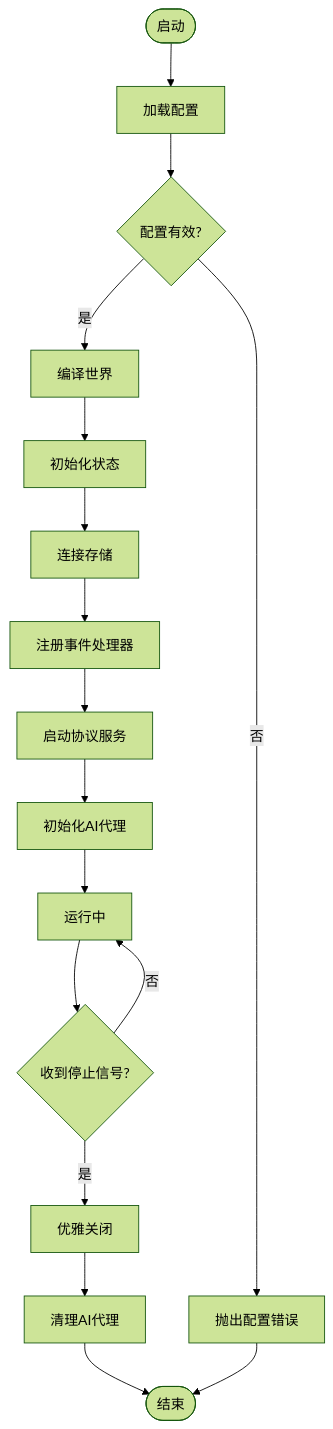
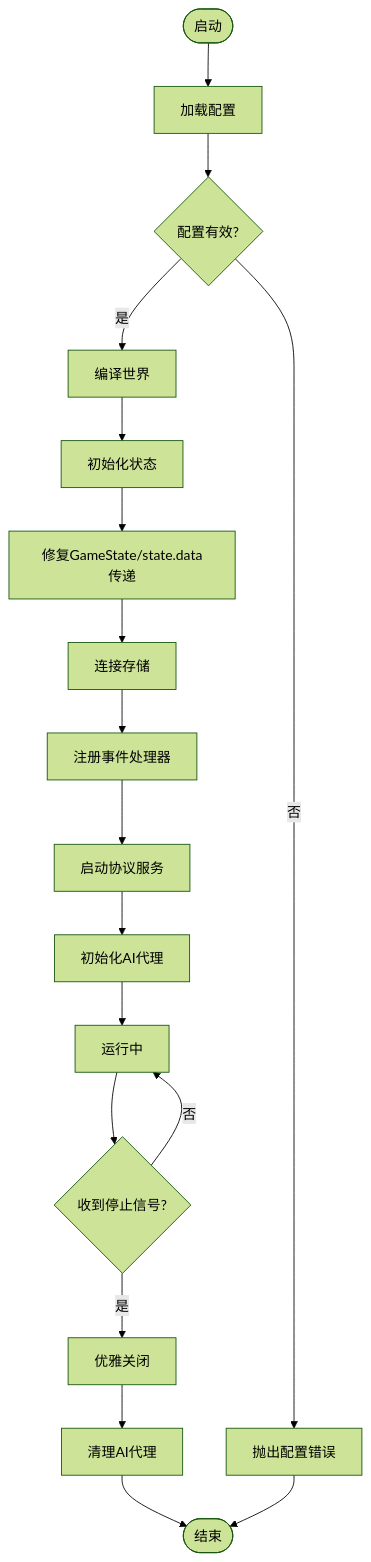
One commit to Ivandanslespace/thegreatnovel changed the third of 11 diagrams in .qoder/repowiki/zh/content/运行时系统/运行时核心.md. Above: the diagram before and after it, drawn with Mermaid (forest theme). The commit also changed other lines of this file and 69 other files, not shown here.

````diff
--- a/.qoder/repowiki/zh/content/运行时系统/运行时核心.md
+++ b/.qoder/repowiki/zh/content/运行时系统/运行时核心.md
@@ -219,19 +219,20 @@
 ```mermaid
 flowchart TD
 Start(["启动"]) --> LoadCfg["加载配置"]
 LoadCfg --> Validate{"配置有效?"}
 Validate --> |否| FailCfg["抛出配置错误"]
 Validate --> |是| CompileWorld["编译世界"]
 CompileWorld --> InitState["初始化状态"]
-InitState --> ConnectStore["连接存储"]
+InitState --> FixStateData["修复GameState/state.data传递"]
+FixStateData --> ConnectStore["连接存储"]
 ConnectStore --> RegisterEvents["注册事件处理器"]
 RegisterEvents --> StartProtocol["启动协议服务"]
 StartProtocol --> InitAI["初始化AI代理"]
 InitAI --> Running["运行中"]
 Running --> StopSignal{"收到停止信号?"}
 StopSignal --> |否| Running
 StopSignal --> |是| GracefulShutdown["优雅关闭"]
 GracefulShutdown --> CleanupAI["清理AI代理"]
 CleanupAI --> End(["结束"])
 FailCfg --> End
 ```
````
